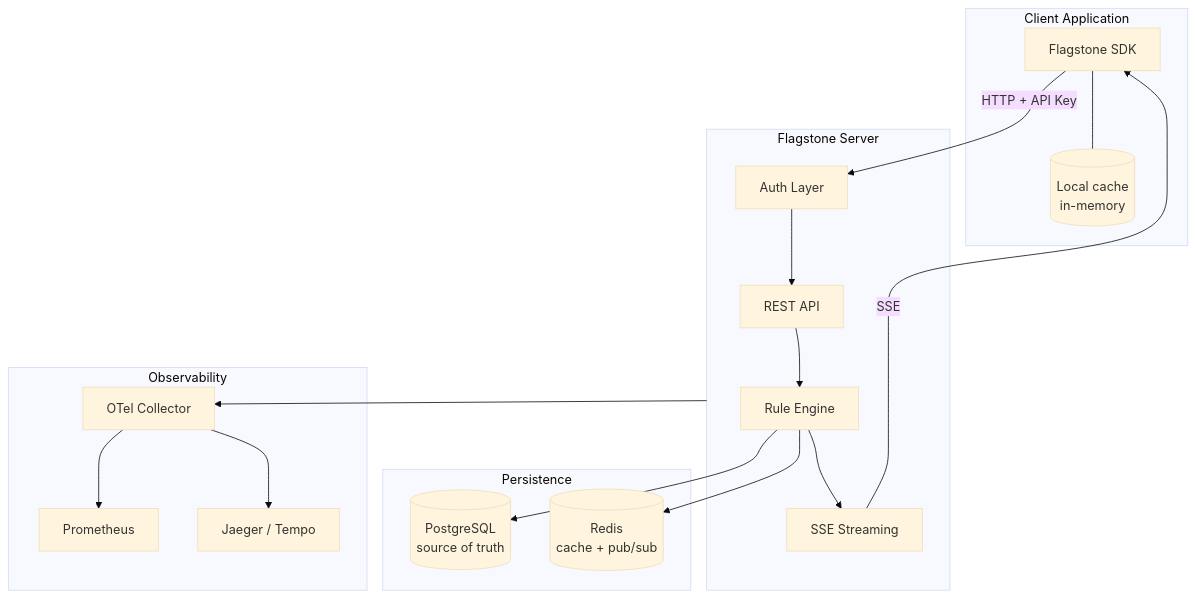
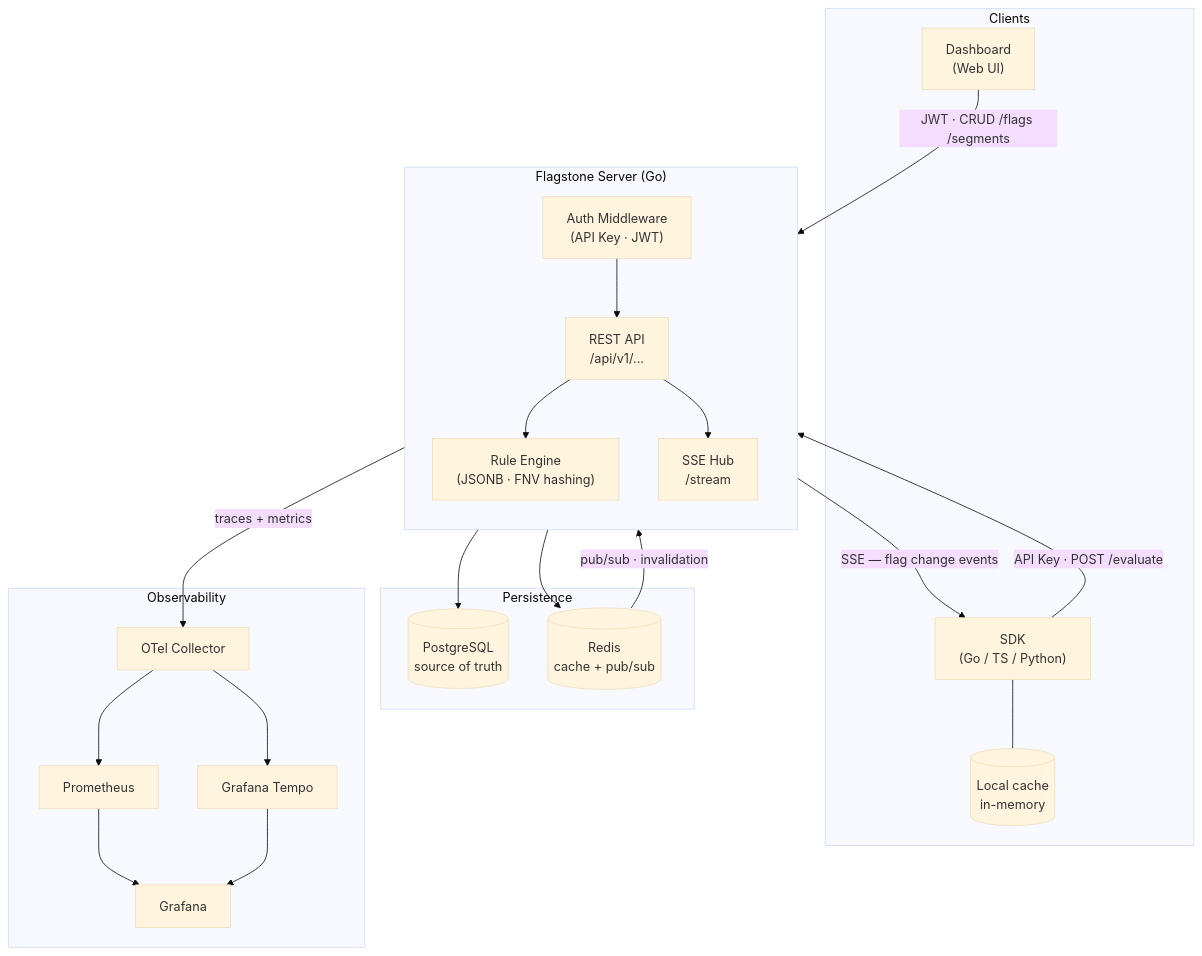
The diagram in README.md (flagstonehq/flagstone), drawn with Mermaid (base theme) before and after one commit. The commit also changed other lines of this file and 8 other files, not shown here.

````diff
--- a/README.md
+++ b/README.md
@@ -127,37 +127,41 @@
 ```mermaid
 flowchart TB
-    subgraph Client["Client Application"]
-        SDK[Flagstone SDK]
-        Cache[(Local cache<br/>in-memory)]
+    subgraph Clients["Clients"]
+        SDK["SDK\n(Go / TS / Python)"]
+        Cache[("Local cache\nin-memory")]
+        Dashboard["Dashboard\n(Web UI)"]
         SDK --- Cache
     end
 
-    subgraph Server["Flagstone Server"]
-        API[REST API]
-        Engine[Rule Engine]
-        Stream[SSE Streaming]
-        Auth[Auth Layer]
+    subgraph FlagstoneServer["Flagstone Server (Go)"]
+        direction TB
+        Auth["Auth Middleware\n(API Key · JWT)"]
+        API["REST API\n/api/v1/..."]
+        Engine["Rule Engine\n(JSONB · FNV hashing)"]
+        SSE["SSE Hub\n/stream"]
         Auth --> API
         API --> Engine
-        Engine --> Stream
+        API --> SSE
     end
 
     subgraph Storage["Persistence"]
-        PG[(PostgreSQL<br/>source of truth)]
-        Redis[(Redis<br/>cache + pub/sub)]
+        PG[("PostgreSQL\nsource of truth")]
+        Redis[("Redis\ncache + pub/sub")]
     end
 
-    subgraph Observability["Observability"]
-        OTel[OTel Collector]
-        Prom[Prometheus]
-        Jaeger[Jaeger / Tempo]
+    subgraph Obs["Observability"]
+        OTel["OTel Collector"]
+        Prom["Prometheus"]
+        Tempo["Grafana Tempo"]
+        Grafana["Grafana"]
+        OTel --> Prom & Tempo
+        Prom & Tempo --> Grafana
     end
 
-    SDK -->|HTTP + API Key| Auth
-    Stream -->|SSE| SDK
-    Engine --> Redis
-    Engine --> PG
-    Server --> OTel
-    OTel --> Prom
-    OTel --> Jaeger
+    SDK     -->|"API Key · POST /evaluate"| Auth
+    Dashboard -->|"JWT · CRUD /flags /segments"| Auth
+    SSE     -->|"SSE — flag change events"| SDK
+    Engine  --> Redis & PG
+    Redis   -->|"pub/sub · invalidation"| SSE
+    FlagstoneServer -->|"traces + metrics"| OTel
 ```
````
